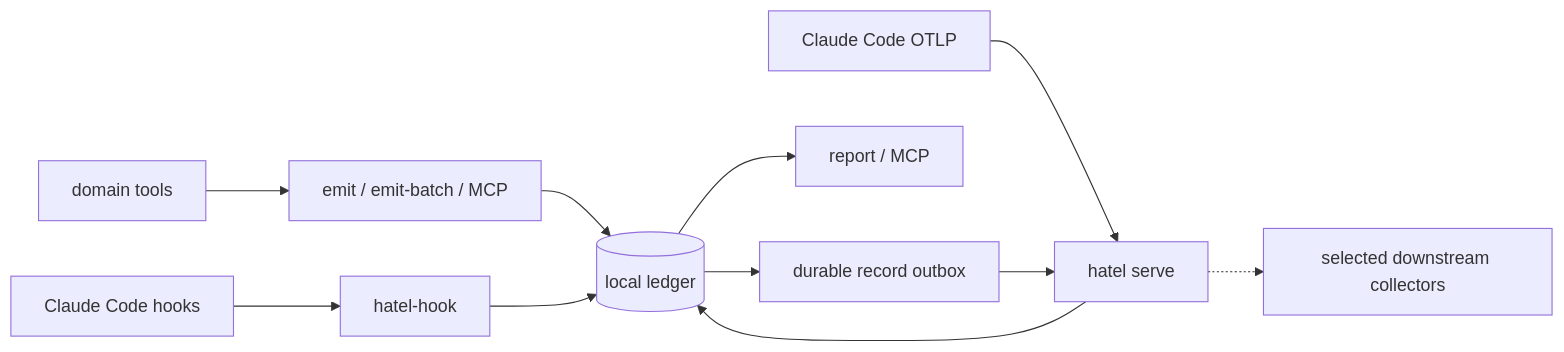
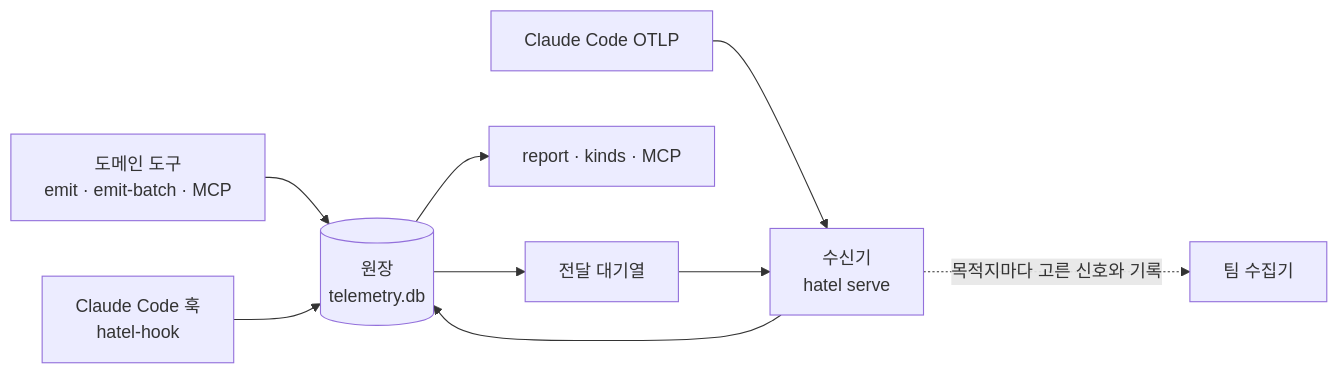
Before and after one commit to junyeong-ai/hatel: the first of 2 diagrams in README.md, drawn with Mermaid. The commit also changed other lines of this file and 1 other file, not shown here.

````diff
--- a/README.md
+++ b/README.md
@@ -22,13 +9,11 @@
 ```mermaid
 flowchart LR
-  D["domain tools"] --> W["emit / emit-batch / MCP"]
-  H["Claude Code hooks"] --> K["hatel-hook"]
-  W --> L[("local ledger")]
-  K --> L
-  C["Claude Code OTLP"] --> R["hatel serve"]
+  D["도메인 도구<br/>emit · emit-batch · MCP"] --> L[("원장<br/>telemetry.db")]
+  H["Claude Code 훅<br/>hatel-hook"] --> L
+  C["Claude Code OTLP"] --> R["수신기<br/>hatel serve"]
   R --> L
-  L --> Q["report / MCP"]
-  L --> O["durable record outbox"]
-  O --> R
-  R -.-> T["selected downstream collectors"]
+  L --> Q["report · kinds · MCP"]
+  L --> X["전달 대기열"]
+  X --> R
+  R -.->|"목적지마다 고른 신호와 기록"| T["팀 수집기"]
 ```
````
